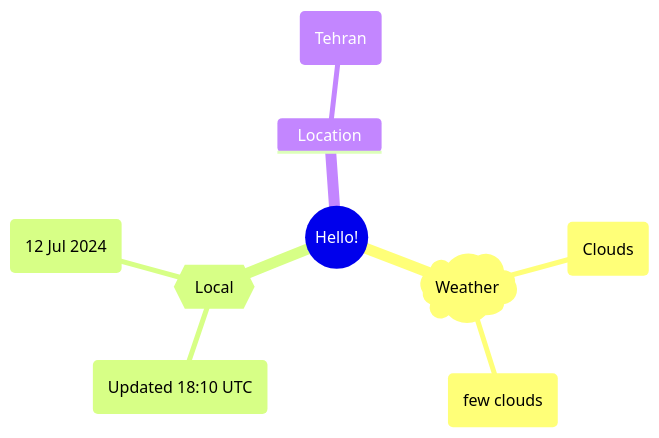
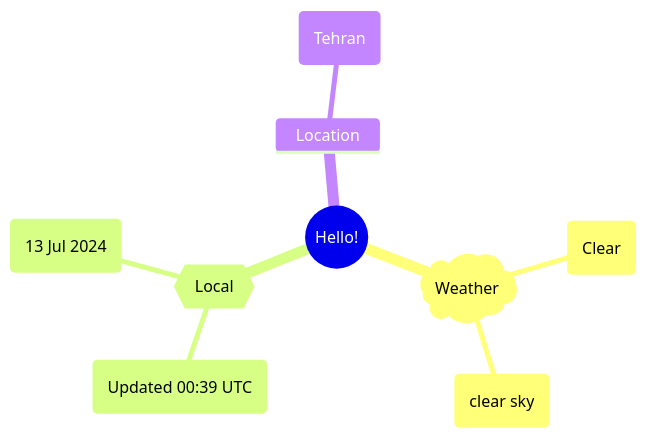
The first of 2 diagrams in README.md (Xosrov/Xosrov), drawn with Mermaid before and after one commit.

Commit message:
[bot] updated images

````diff
--- a/README.md
+++ b/README.md
@@ -3,12 +3,12 @@
 ```mermaid
 mindmap
   root((Hello!))
     )Weather(
-        (Clouds)
-        (few clouds)
+        (Clear)
+        (clear sky)
     {{Local}}
-        (Updated 18:10 UTC)
-        (12 Jul 2024)
+        (Updated 00:39 UTC)
+        (13 Jul 2024)
     Location
         (Tehran)
 ```
````
